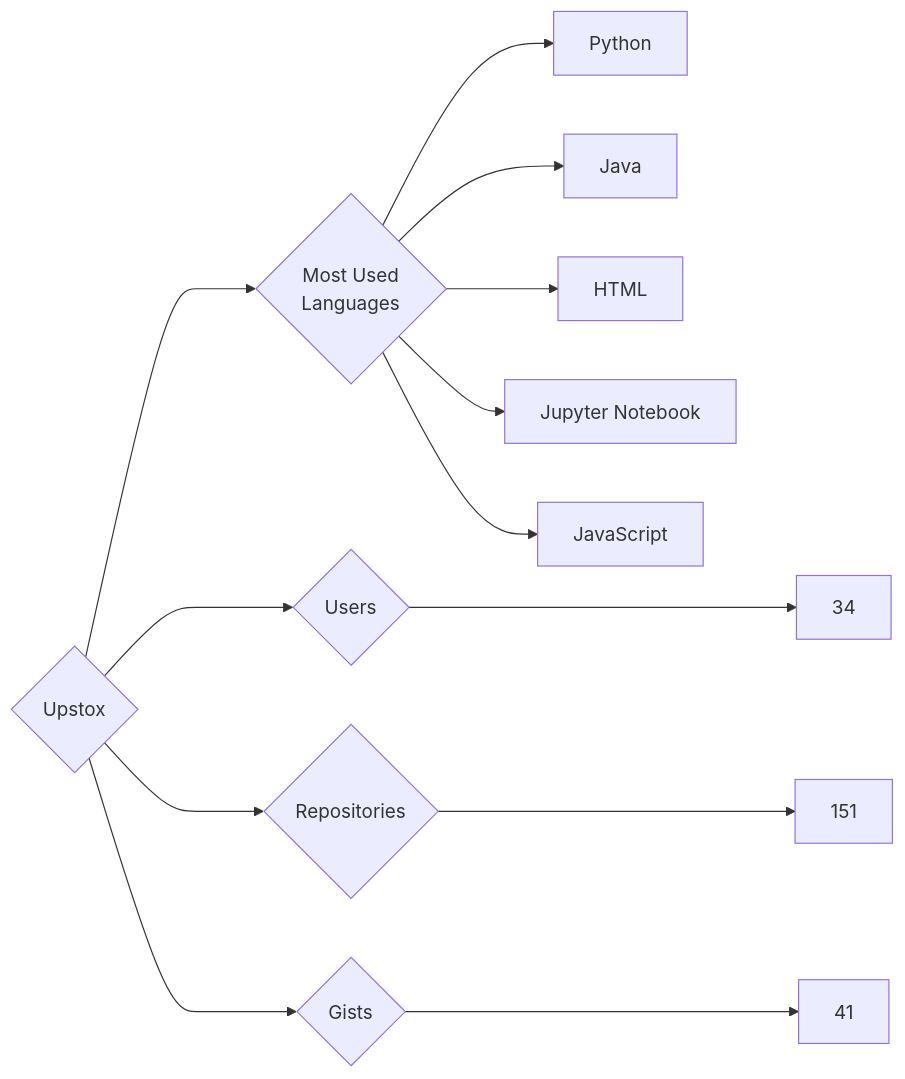
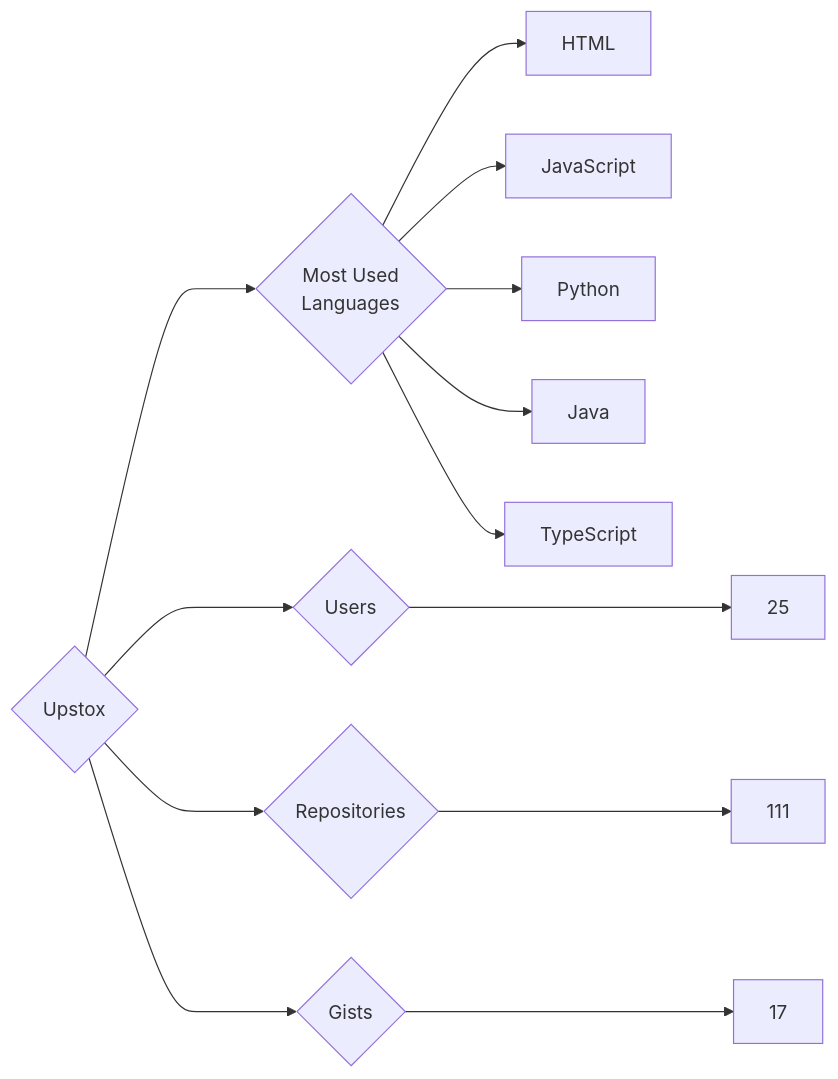
One commit to trickest/insiders changed the diagram in targets/Upstox/README.md. Above: the diagram before and after it, drawn with Mermaid. The commit also changed 939 other files, not shown here.

````diff
--- a/targets/Upstox/README.md
+++ b/targets/Upstox/README.md
@@ -3,13 +3,13 @@
 ```mermaid
 graph LR
 COMPANY_NAME{Upstox}
-COMPANY_NAME ---> U{Users} ---> UN[34]
-COMPANY_NAME ---> R{Repositories} ---> RN[151]
-COMPANY_NAME ---> G{Gists} ---> GN[41]
+COMPANY_NAME ---> U{Users} ---> UN[25]
+COMPANY_NAME ---> R{Repositories} ---> RN[111]
+COMPANY_NAME ---> G{Gists} ---> GN[17]
 COMPANY_NAME ---> ML{Most Used<br>Languages}
+ML --> HTML[HTML]
+ML --> JavaScript[JavaScript]
 ML --> Python[Python]
 ML --> Java[Java]
-ML --> HTML[HTML]
-ML --> Jupyter_Notebook[Jupyter Notebook]
-ML --> JavaScript[JavaScript]
+ML --> TypeScript[TypeScript]
 ```
````
